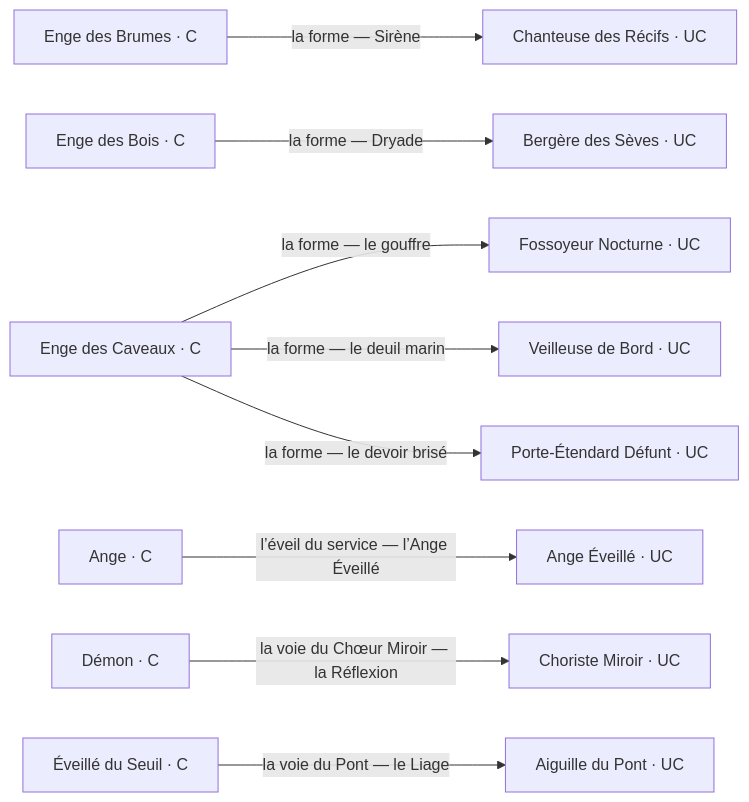
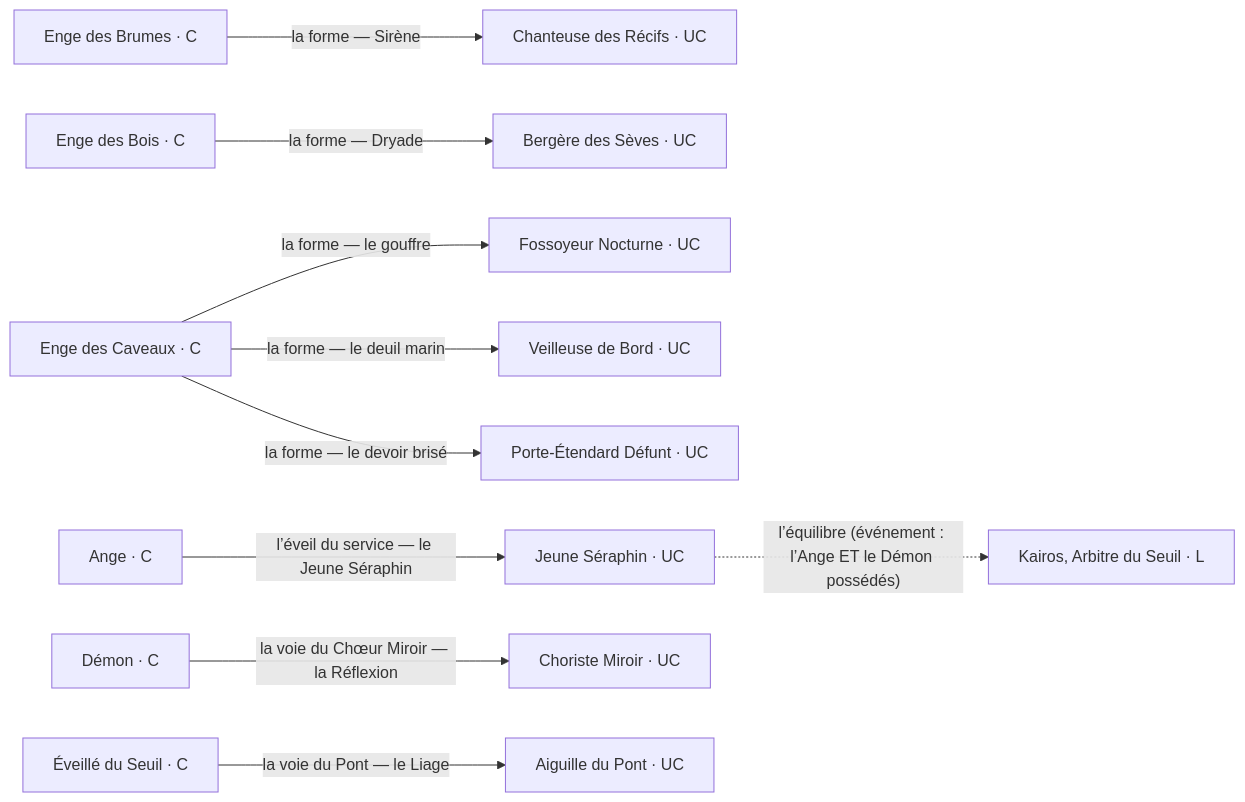
One commit to mobize191/aicg-lignees changed the third of 10 diagrams in docs/design/arbres-evolution.md. Above: the diagram before and after it, drawn with Mermaid. The commit also changed other lines of this file and 2 other files, not shown here.

Commit message:
docs : design aligné sur le Jeune Séraphin + événement équilibre (p1 -> d6 Kairos)

````diff
--- a/docs/design/arbres-evolution.md
+++ b/docs/design/arbres-evolution.md
@@ -58,17 +58,18 @@
 ```mermaid
 flowchart LR
   n10["Enge des Brumes · C"]
   n10 -->|"la forme — Sirène"| e24["Chanteuse des Récifs · UC"]
   n11["Enge des Bois · C"]
   n11 -->|"la forme — Dryade"| g12["Bergère des Sèves · UC"]
   n12["Enge des Caveaux · C"]
   n12 -->|"la forme — le gouffre"| k3["Fossoyeur Nocturne · UC"]
   n12 -->|"la forme — le deuil marin"| k12["Veilleuse de Bord · UC"]
   n12 -->|"la forme — le devoir brisé"| k24["Porte-Étendard Défunt · UC"]
   n13["Ange · C"]
-  n13 -->|"l’éveil du service — l’Ange Éveillé"| p1["Ange Éveillé · UC"]
+  n13 -->|"l’éveil du service — le Jeune Séraphin"| p1["Jeune Séraphin · UC"]
+  p1 -.->|"l’équilibre (événement : l’Ange ET le Démon possédés)"| d6["Kairos, Arbitre du Seuil · L"]
   n14["Démon · C"]
   n14 -->|"la voie du Chœur Miroir — la Réflexion"| d8["Choriste Miroir · UC"]
   n15["Éveillé du Seuil · C"]
   n15 -->|"la voie du Pont — le Liage"| d14["Aiguille du Pont · UC"]
 ```
````
